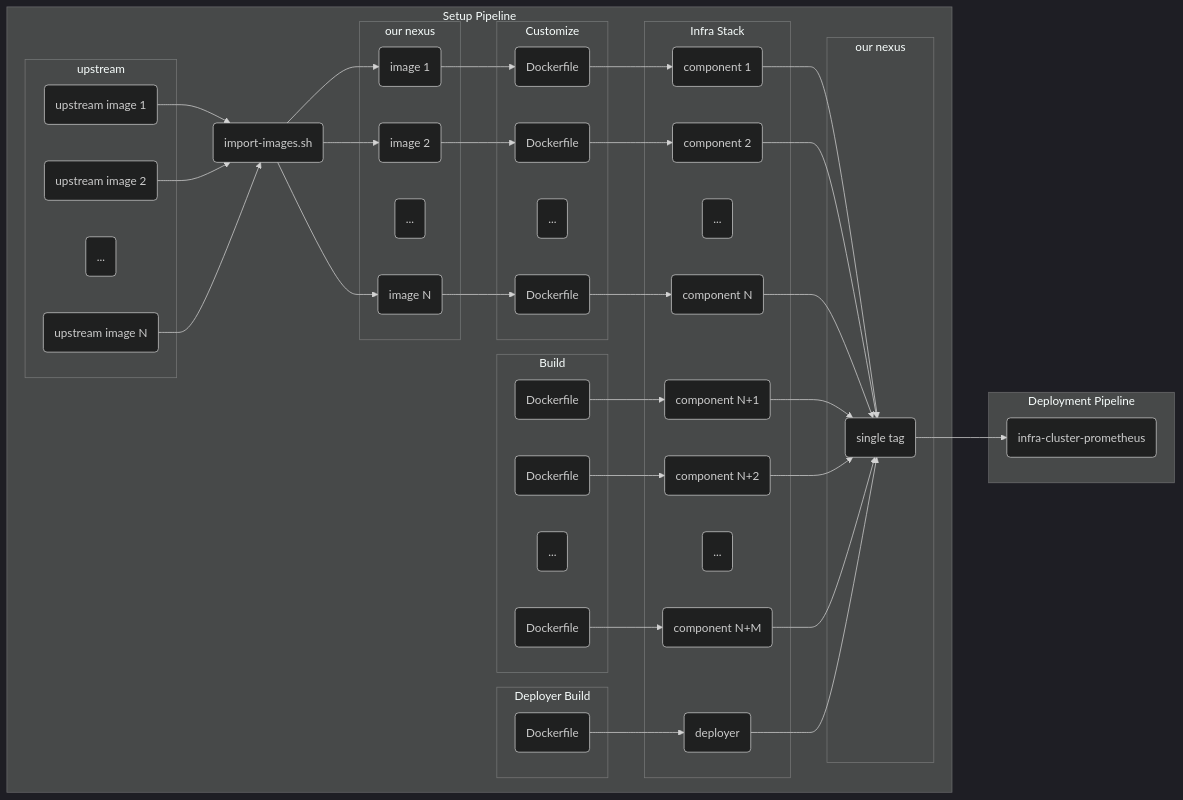
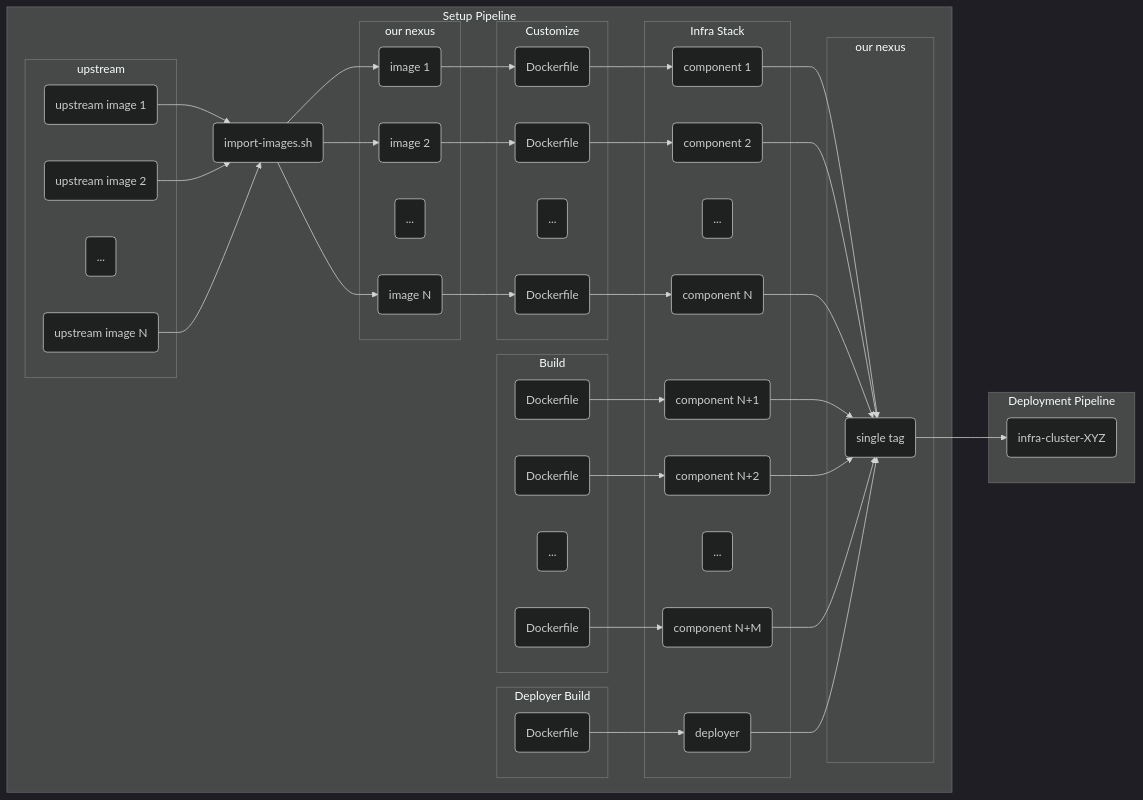
The diagram in README.md (turbovillains/infra-setup), drawn with Mermaid (dark theme) before and after one commit. The commit also changed 3 other files, not shown here.

```diff
--- a/README.md
+++ b/README.md
@@ -86,7 +86,7 @@
   end
 
   subgraph Deployment Pipeline
-    H(infra-cluster-prometheus)
+    H(infra-cluster-XYZ)
   end
 
   A1 --> B
```
